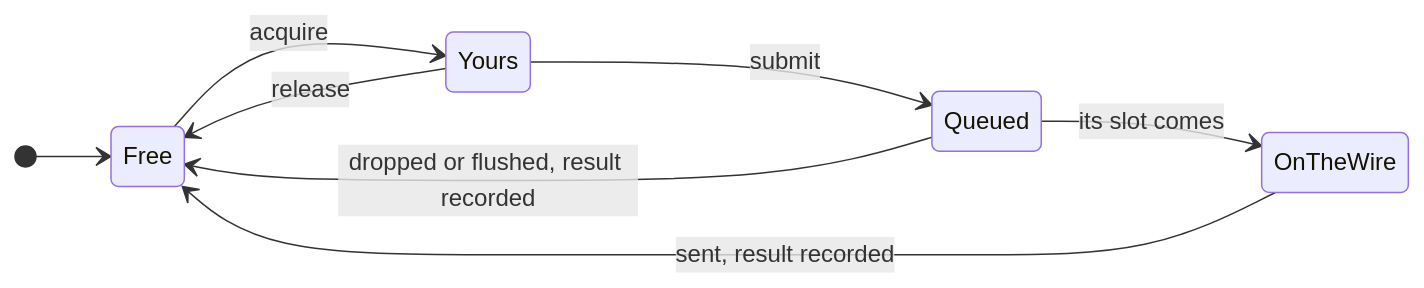
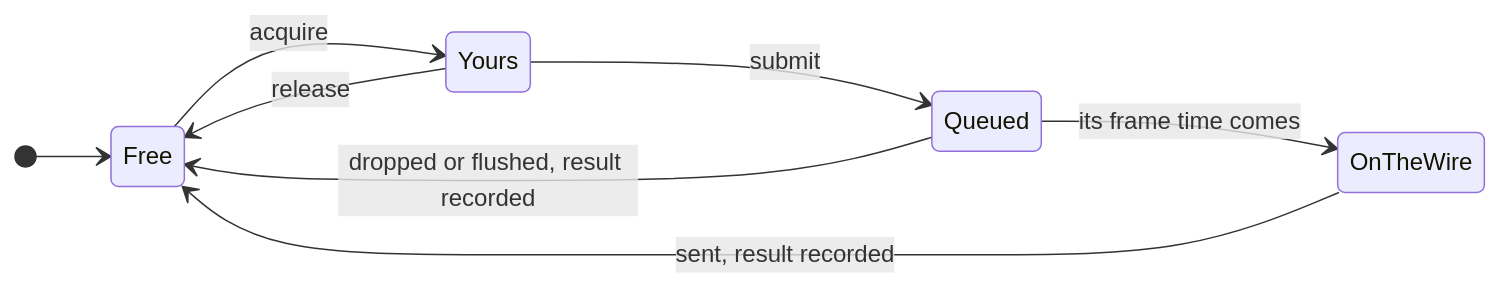
One commit to Sakoram/Media-Transport-Library changed the second of 6 diagrams in doc/unified-api/concepts.md. Above: the diagram before and after it, drawn with Mermaid. The commit also changed other lines of this file and 35 other files, not shown here.

````diff
--- a/doc/unified-api/concepts.md
+++ b/doc/unified-api/concepts.md
@@ -332,11 +346,11 @@
 ```mermaid
 stateDiagram-v2
     direction LR
     [*] --> Free
     Free --> Yours: acquire
     Yours --> Free: release
     Yours --> Queued: submit
-    Queued --> OnTheWire: its slot comes
+    Queued --> OnTheWire: its frame time comes
     Queued --> Free: dropped or flushed, result recorded
     OnTheWire --> Free: sent, result recorded
 ```
````
